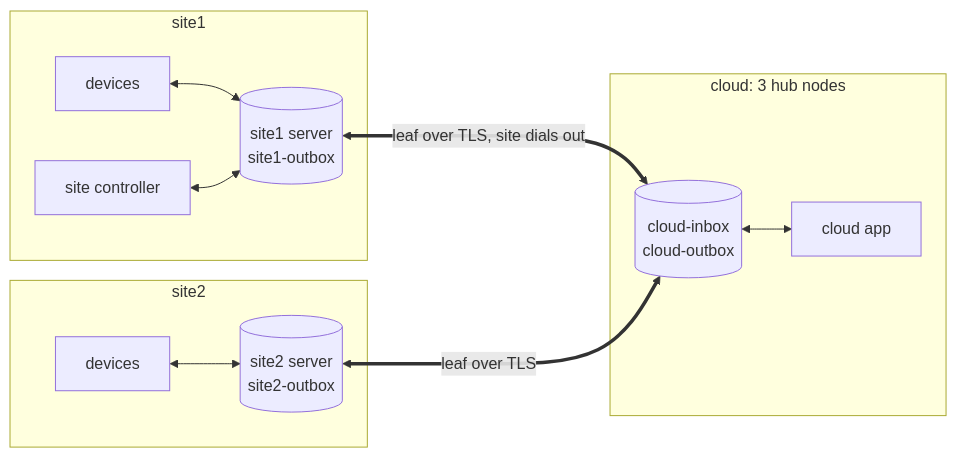
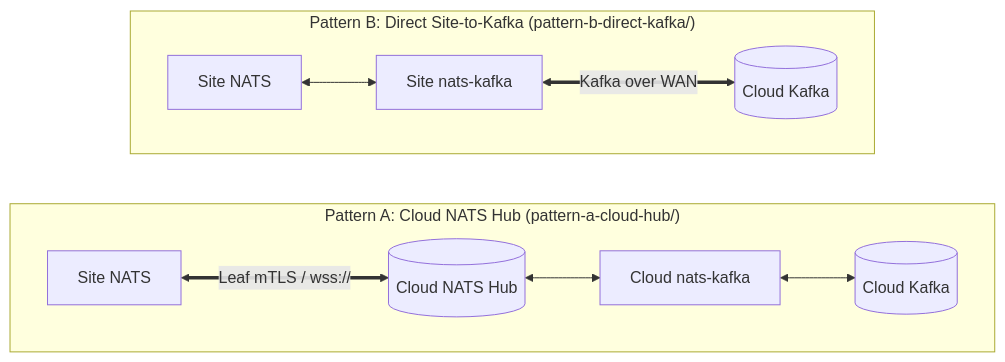
The diagram in README.md (jinternals/nats-demo), drawn with Mermaid before and after one commit. The commit also changed other lines of this file and 31 other files, not shown here.

Commit message:
Add Kafka integration with nats-io/nats-kafka and split Pattern A (cloud hub) & Pattern B (direct site-to-kafka)

````diff
--- a/README.md
+++ b/README.md
@@ -9,15 +19,13 @@
 ```mermaid
 flowchart LR
-  subgraph site1["site1"]
-    d1["devices"] <--> s1[("site1 server<br/>site1-outbox")]
-    k1["site controller"] <--> s1
+  subgraph A["Pattern A: Cloud NATS Hub (pattern-a-cloud-hub/)"]
+    direction LR
+    as["Site NATS"] <== "Leaf mTLS / wss://" ==> ah[("Cloud NATS Hub")]
+    ah <--> ab["Cloud nats-kafka"] <--> ak[("Cloud Kafka")]
   end
-  subgraph site2["site2"]
-    d2["devices"] <--> s2[("site2 server<br/>site2-outbox")]
+
+  subgraph B["Pattern B: Direct Site-to-Kafka (pattern-b-direct-kafka/)"]
+    direction LR
+    bs["Site NATS"] <--> bb["Site nats-kafka"] <== "Kafka over WAN" ==> bk[("Cloud Kafka")]
   end
-  subgraph cloud["cloud: 3 hub nodes"]
-    hub[("cloud-inbox<br/>cloud-outbox")] <--> capp["cloud app"]
-  end
-  s1 <== "leaf over TLS, site dials out" ==> hub
-  s2 <== "leaf over TLS" ==> hub
 ```
````
